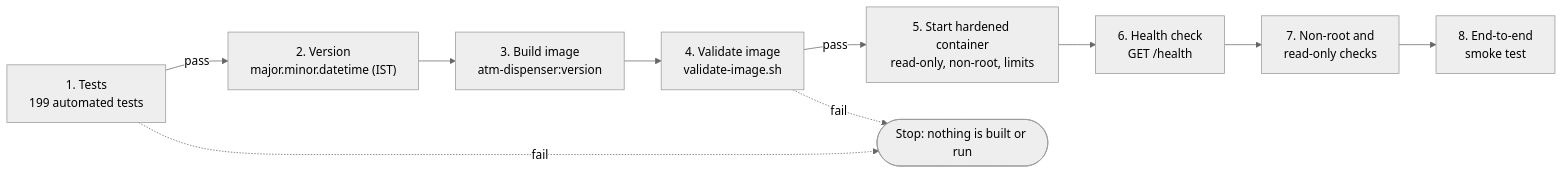
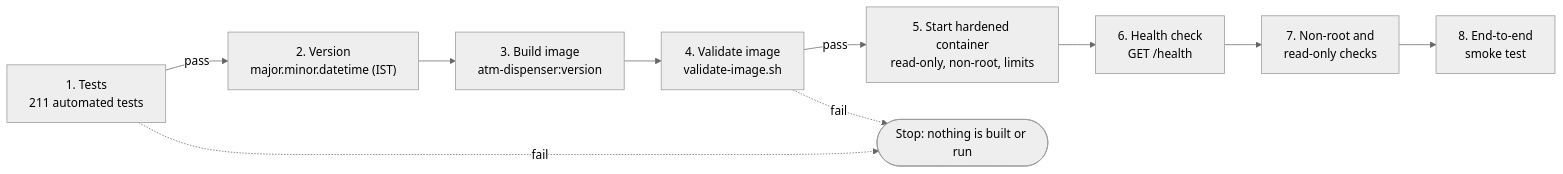
Before and after one commit to AnupamGupta86/InmarCodingAssignment: the seventh of 7 diagrams in README.md, drawn with Mermaid (neutral theme). The commit also changed other lines of this file and 6 other files, not shown here.

````diff
--- a/README.md
+++ b/README.md
@@ -406,12 +406,12 @@
 ```mermaid
 flowchart LR
-    tests["1. Tests<br/>199 automated tests"] -->|pass| version["2. Version<br/>major.minor.datetime (IST)"]
+    tests["1. Tests<br/>211 automated tests"] -->|pass| version["2. Version<br/>major.minor.datetime (IST)"]
     version --> build["3. Build image<br/>atm-dispenser:version"]
     build --> validate["4. Validate image<br/>validate-image.sh"]
     validate -->|pass| run["5. Start hardened container<br/>read-only, non-root, limits"]
     run --> health["6. Health check<br/>GET /health"]
     health --> harden["7. Non-root and<br/>read-only checks"]
     harden --> smoke["8. End-to-end<br/>smoke test"]
     tests -.->|fail| stop(["Stop: nothing is built or run"])
     validate -.->|fail| stop
 ```
````
